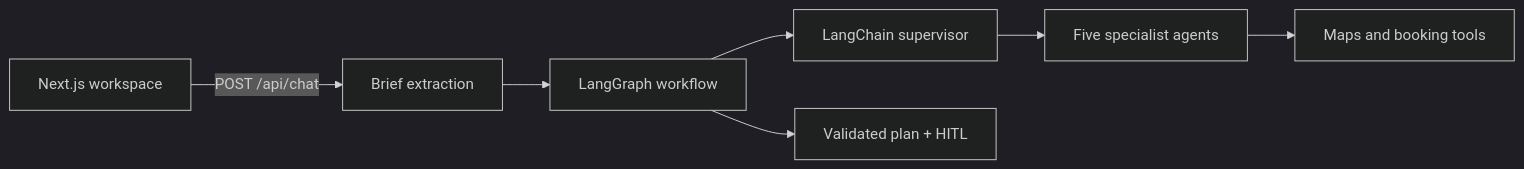
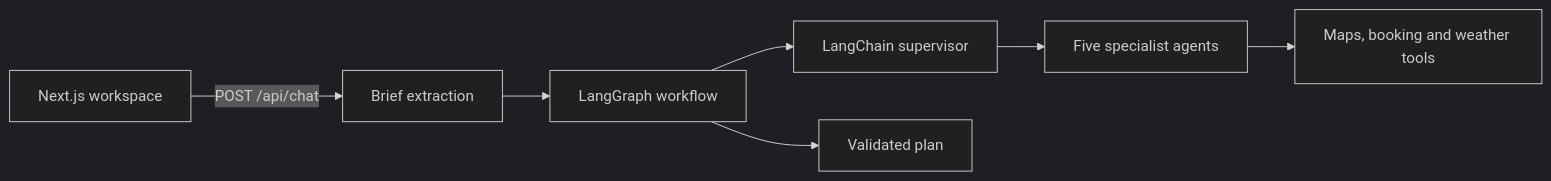
The diagram in README.md (HeadmasterEggy/AI_TRIP_PLANNER), drawn with Mermaid (dark theme) before and after one commit. The commit also changed other lines of this file and 12 other files, not shown here.

````diff
--- a/README.md
+++ b/README.md
@@ -18,9 +18,9 @@
 ```mermaid
 flowchart LR
     UI[Next.js workspace] -->|POST /api/chat| CHAT[Brief extraction]
     CHAT --> WF[LangGraph workflow]
     WF --> SUP[LangChain supervisor]
     SUP --> SPEC[Five specialist agents]
-    SPEC --> TOOLS[Maps and booking tools]
-    WF --> PLAN[Validated plan + HITL]
+    SPEC --> TOOLS[Maps, booking and weather tools]
+    WF --> PLAN[Validated plan]
 ```
````
